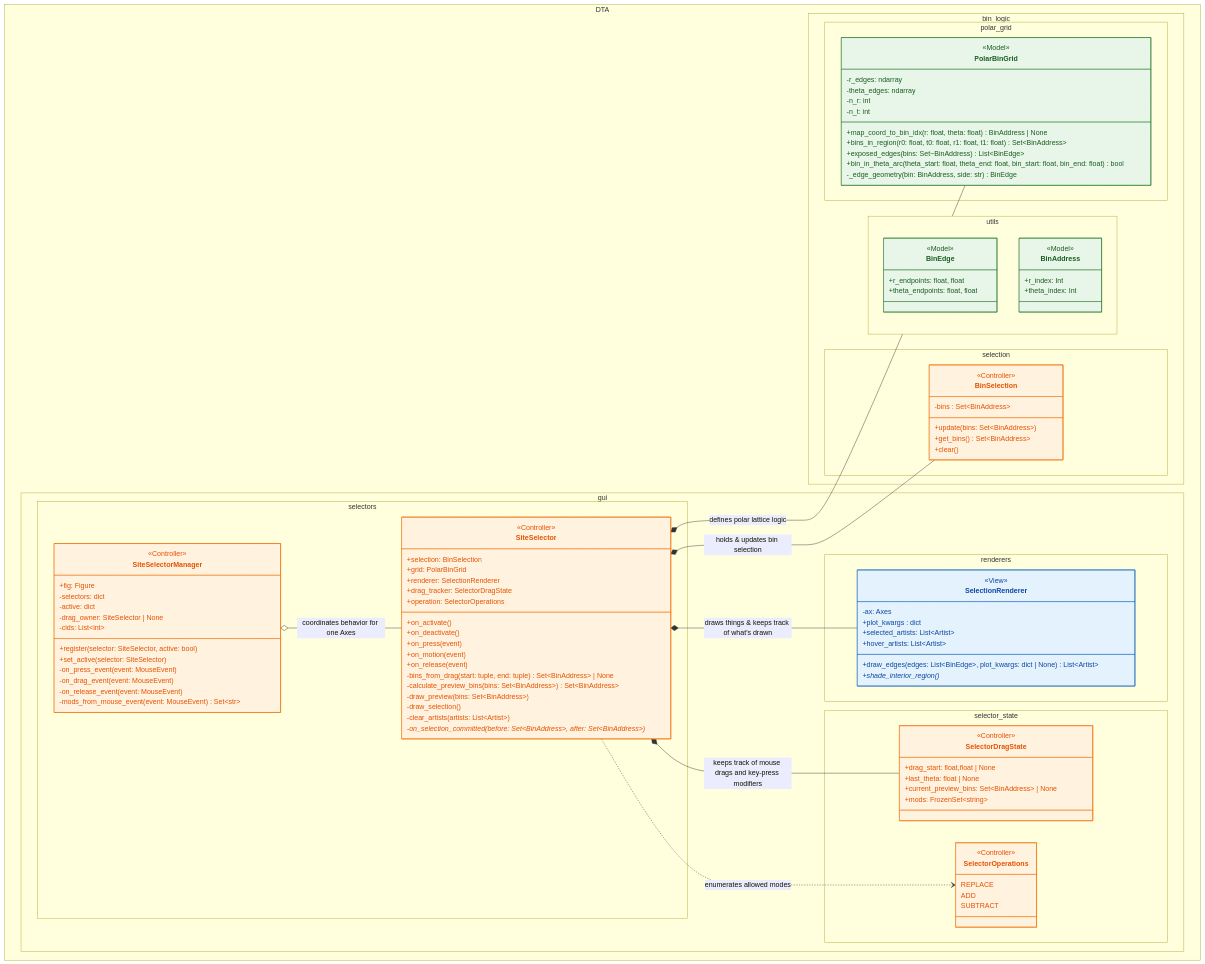
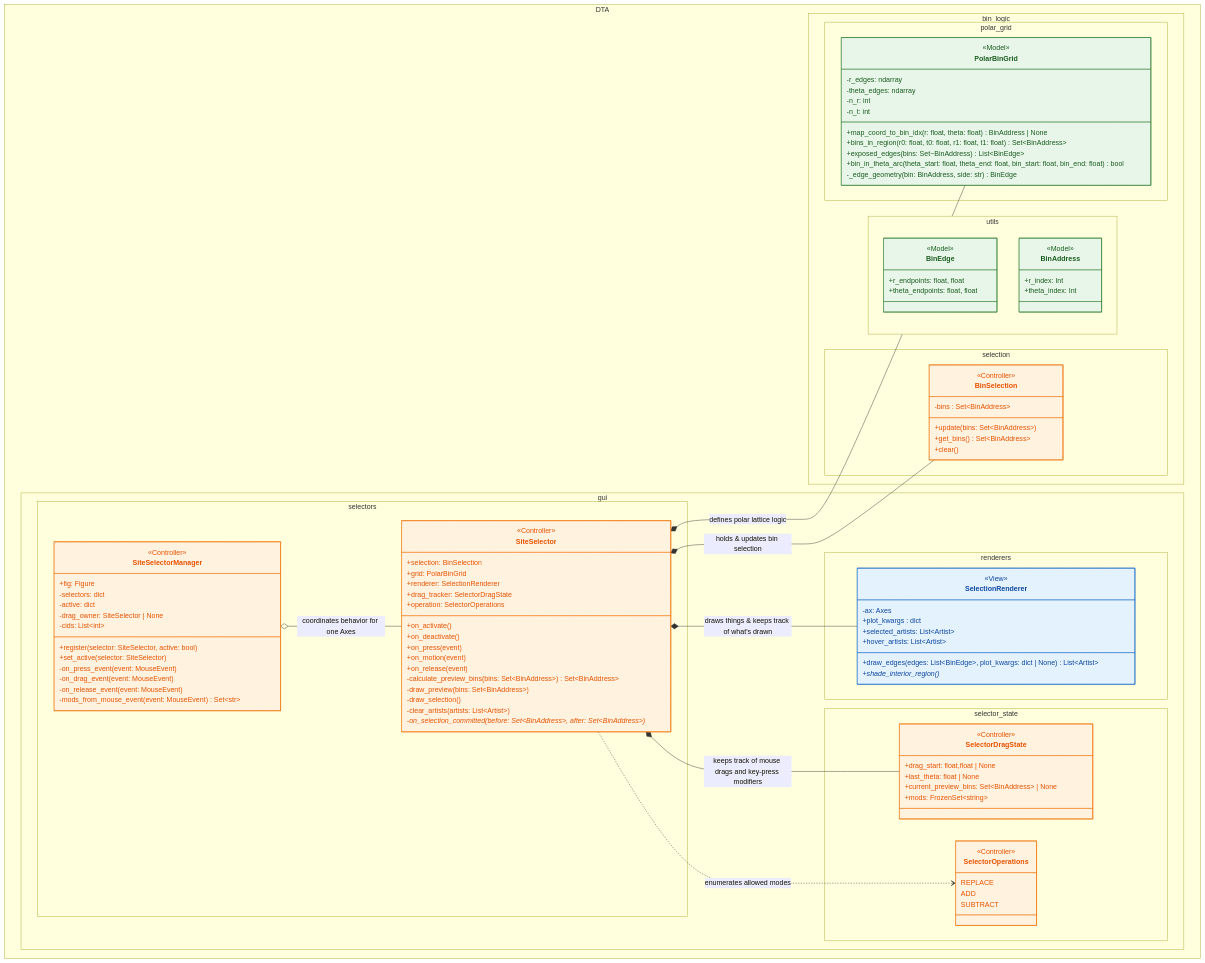
Before and after one commit to BranniganLab/density_threshold_affinity: the first of 4 diagrams in python/dta/gui/README.md, drawn with Mermaid.

Commit message:
Update README to remove bins_from_drag function
Removed 'bins_from_drag' function from the README.

```diff
--- a/python/dta/gui/README.md
+++ b/python/dta/gui/README.md
@@ -155,7 +155,6 @@
     +on_press(event)
     +on_motion(event)
     +on_release(event)
-    -bins_from_drag(start: tuple, end: tuple) Set~BinAddress~ | None
     -calculate_preview_bins(bins: Set~BinAddress~) Set~BinAddress~
     -draw_preview(bins: Set~BinAddress~)
     -draw_selection()
```
